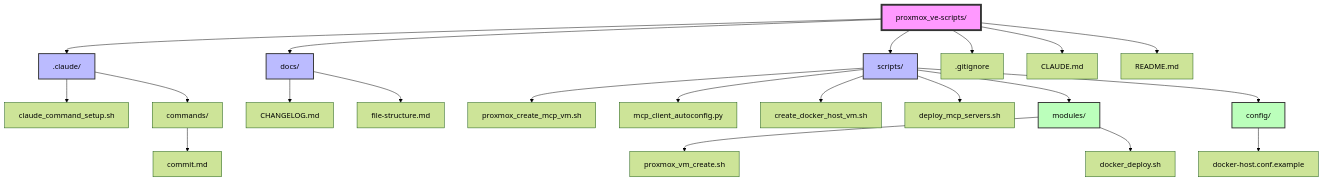
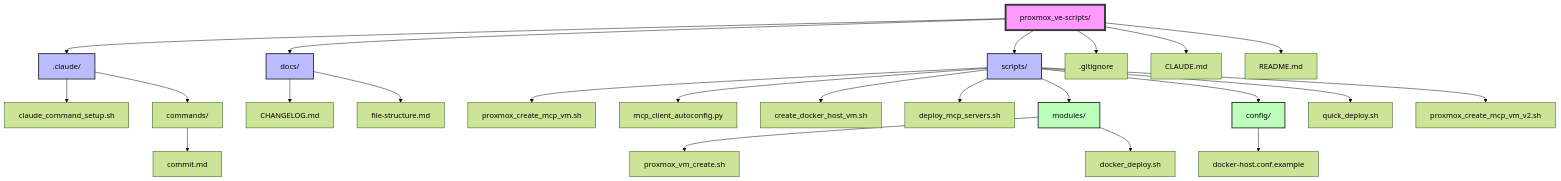
The diagram in docs/file-structure.md (notdabob/proxmox-ve-scripts), drawn with Mermaid (forest theme) before and after one commit. The commit also changed other lines of this file and 4 other files, not shown here.

````diff
--- a/docs/file-structure.md
+++ b/docs/file-structure.md
@@ -7,35 +7,37 @@
 ```mermaid
 graph TD
     A[proxmox_ve-scripts/] --> B[.claude/]
     A --> C[docs/]
     A --> D[scripts/]
     A --> E[.gitignore]
     A --> F[CLAUDE.md]
     A --> G[README.md]
 
     B --> H[claude_command_setup.sh]
     B --> I[commands/]
     I --> J[commit.md]
 
     C --> K[CHANGELOG.md]
     C --> L[file-structure.md]
 
     D --> M[proxmox_create_mcp_vm.sh]
     D --> N[mcp_client_autoconfig.py]
     D --> O[create_docker_host_vm.sh]
     D --> P[deploy_mcp_servers.sh]
     D --> Q[modules/]
     D --> R[config/]
+    D --> S[quick_deploy.sh]
+    D --> T[proxmox_create_mcp_vm_v2.sh]
 
-    Q --> S[proxmox_vm_create.sh]
-    Q --> T[docker_deploy.sh]
+    Q --> U[proxmox_vm_create.sh]
+    Q --> V[docker_deploy.sh]
 
-    R --> U[docker-host.conf.example]
+    R --> W[docker-host.conf.example]
 
     style A fill:#f9f,stroke:#333,stroke-width:4px
     style B fill:#bbf,stroke:#333,stroke-width:2px
     style C fill:#bbf,stroke:#333,stroke-width:2px
     style D fill:#bbf,stroke:#333,stroke-width:2px
     style Q fill:#bfb,stroke:#333,stroke-width:2px
     style R fill:#bfb,stroke:#333,stroke-width:2px
 ```
````
